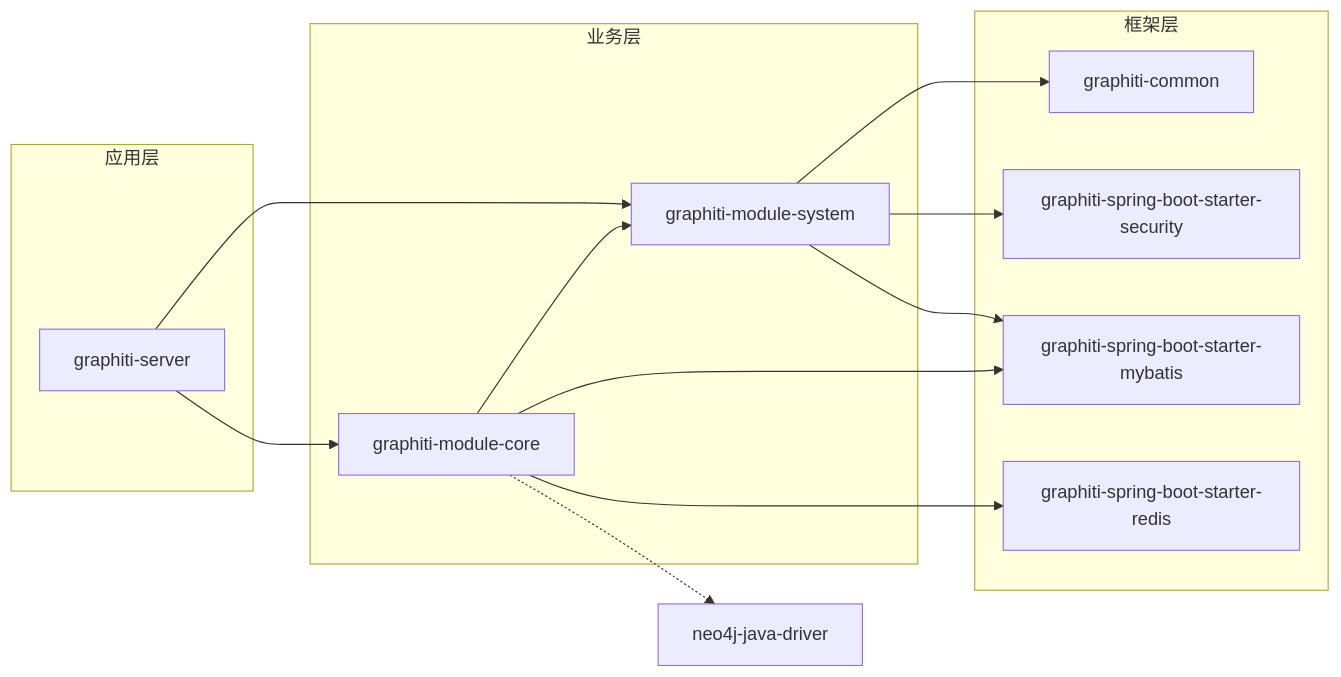
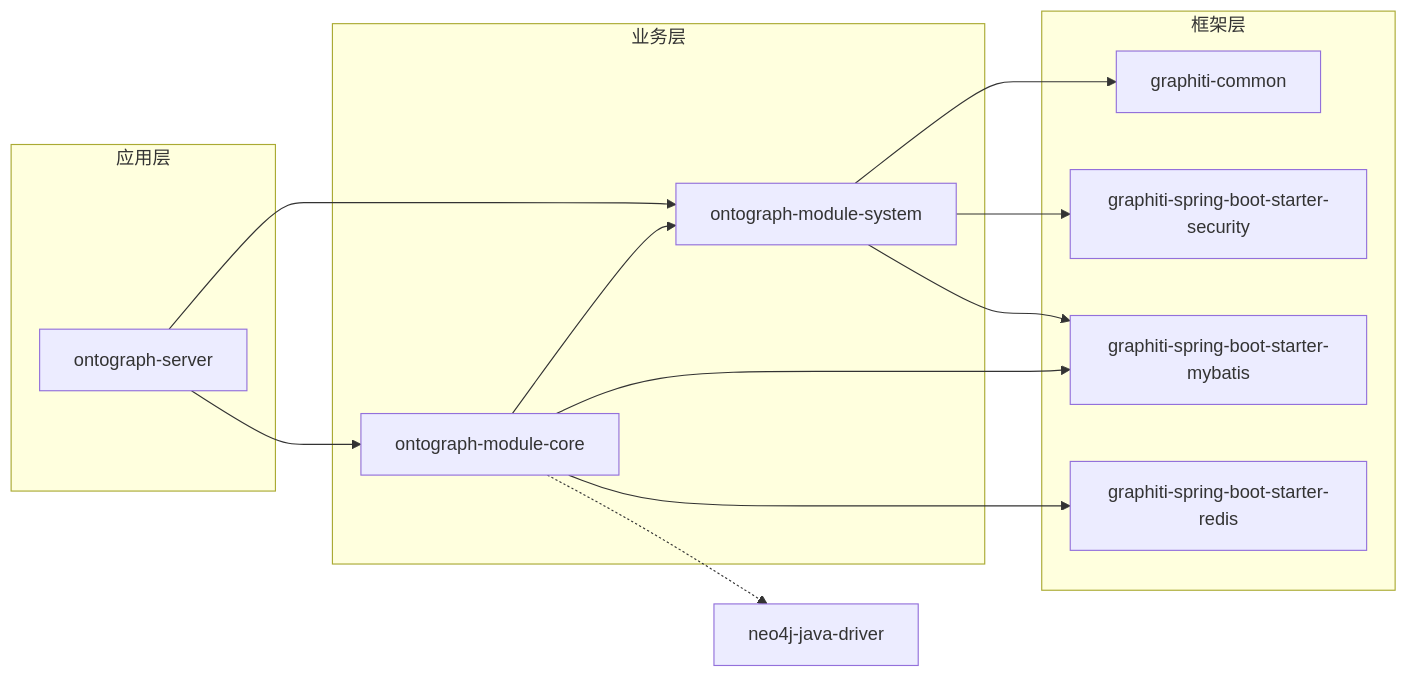
One commit to joezxh/graphiti-java changed the second of 7 diagrams in docs/manual/架构设计/模块化设计/模块依赖关系.md. Above: the diagram before and after it, drawn with Mermaid. The commit also changed other lines of this file and 200 other files, not shown here.

````diff
--- a/docs/manual/架构设计/模块化设计/模块依赖关系.md
+++ b/docs/manual/架构设计/模块化设计/模块依赖关系.md
@@ -89,25 +89,25 @@
 ```mermaid
 graph LR
 subgraph "框架层"
 common["graphiti-common"]
 sec["graphiti-spring-boot-starter-security"]
 myb["graphiti-spring-boot-starter-mybatis"]
 redis["graphiti-spring-boot-starter-redis"]
 end
 subgraph "业务层"
-sys["graphiti-module-system"]
-core["graphiti-module-core"]
+sys["ontograph-module-system"]
+core["ontograph-module-core"]
 end
 subgraph "应用层"
-server["graphiti-server"]
+server["ontograph-server"]
 end
 sys --> common
 sys --> sec
 sys --> myb
 core --> sys
 core --> myb
 core --> redis
 core -.-> neo4j["neo4j-java-driver"]
 server --> sys
 server --> core
 ```
````
